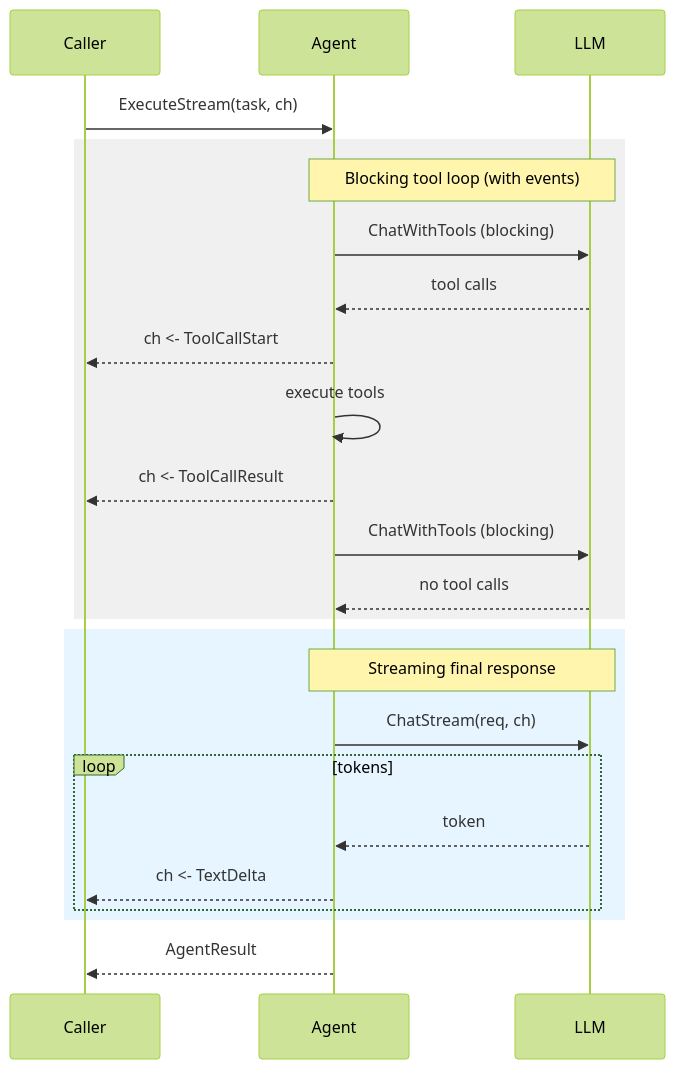
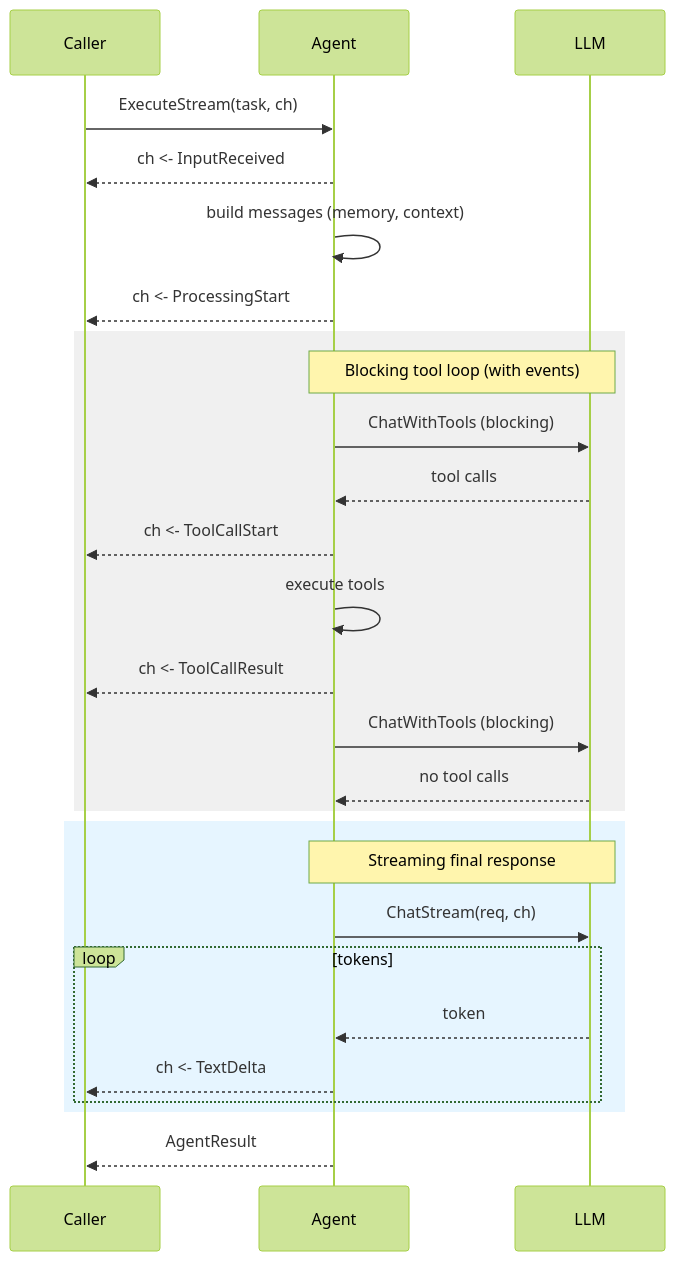
One commit to nevindra/oasis changed the diagram in docs/guides/streaming.md. Above: the diagram before and after it, drawn with Mermaid (forest theme). The commit also changed other lines of this file and 21 other files, not shown here.

````diff
--- a/docs/guides/streaming.md
+++ b/docs/guides/streaming.md
@@ -59,30 +65,33 @@
 ```mermaid
 sequenceDiagram
     participant Caller
     participant Agent
     participant LLM
 
     Caller->>Agent: ExecuteStream(task, ch)
+    Agent-->>Caller: ch <- InputReceived
+    Agent->>Agent: build messages (memory, context)
+    Agent-->>Caller: ch <- ProcessingStart
 
     rect rgb(240, 240, 240)
         Note over Agent,LLM: Blocking tool loop (with events)
         Agent->>LLM: ChatWithTools (blocking)
         LLM-->>Agent: tool calls
         Agent-->>Caller: ch <- ToolCallStart
         Agent->>Agent: execute tools
         Agent-->>Caller: ch <- ToolCallResult
         Agent->>LLM: ChatWithTools (blocking)
         LLM-->>Agent: no tool calls
     end
 
     rect rgb(230, 245, 255)
         Note over Agent,LLM: Streaming final response
         Agent->>LLM: ChatStream(req, ch)
         loop tokens
             LLM-->>Agent: token
             Agent-->>Caller: ch <- TextDelta
         end
     end
 
     Agent-->>Caller: AgentResult
 ```
````
